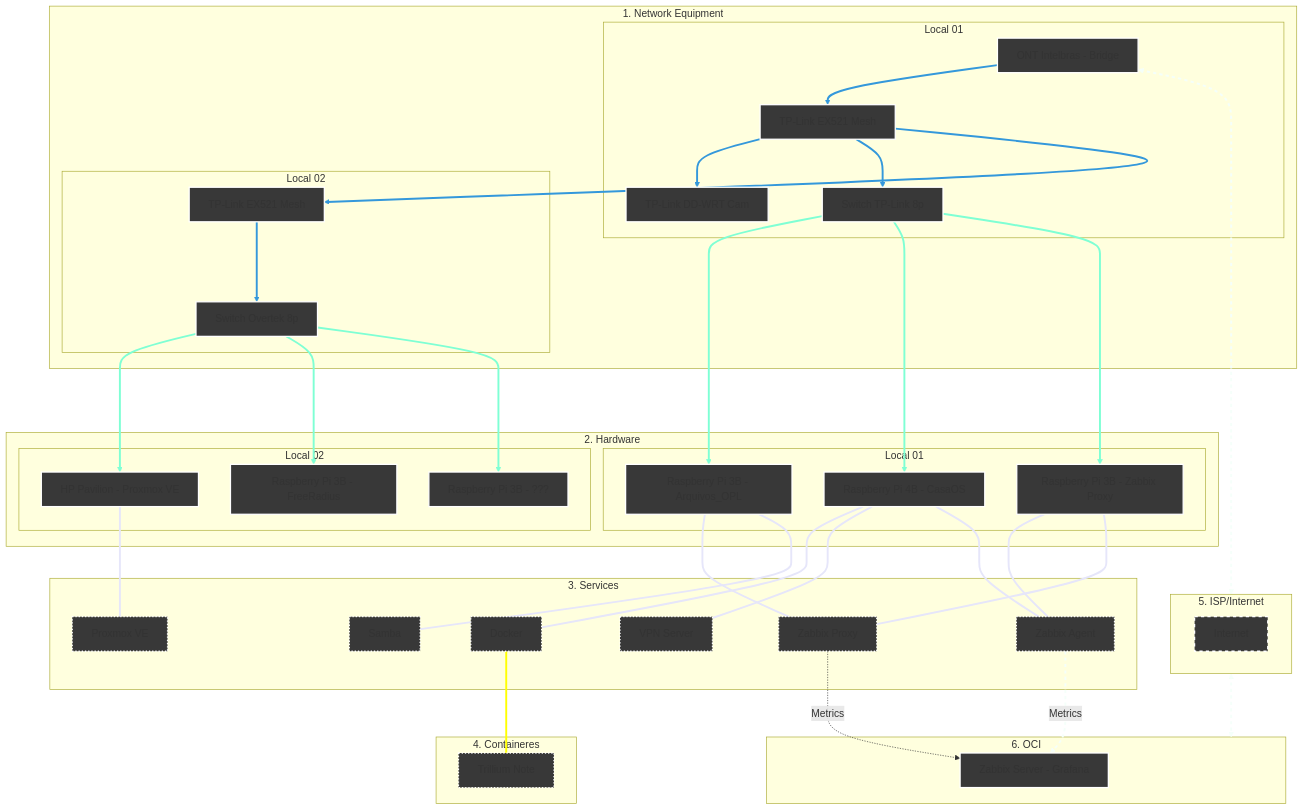
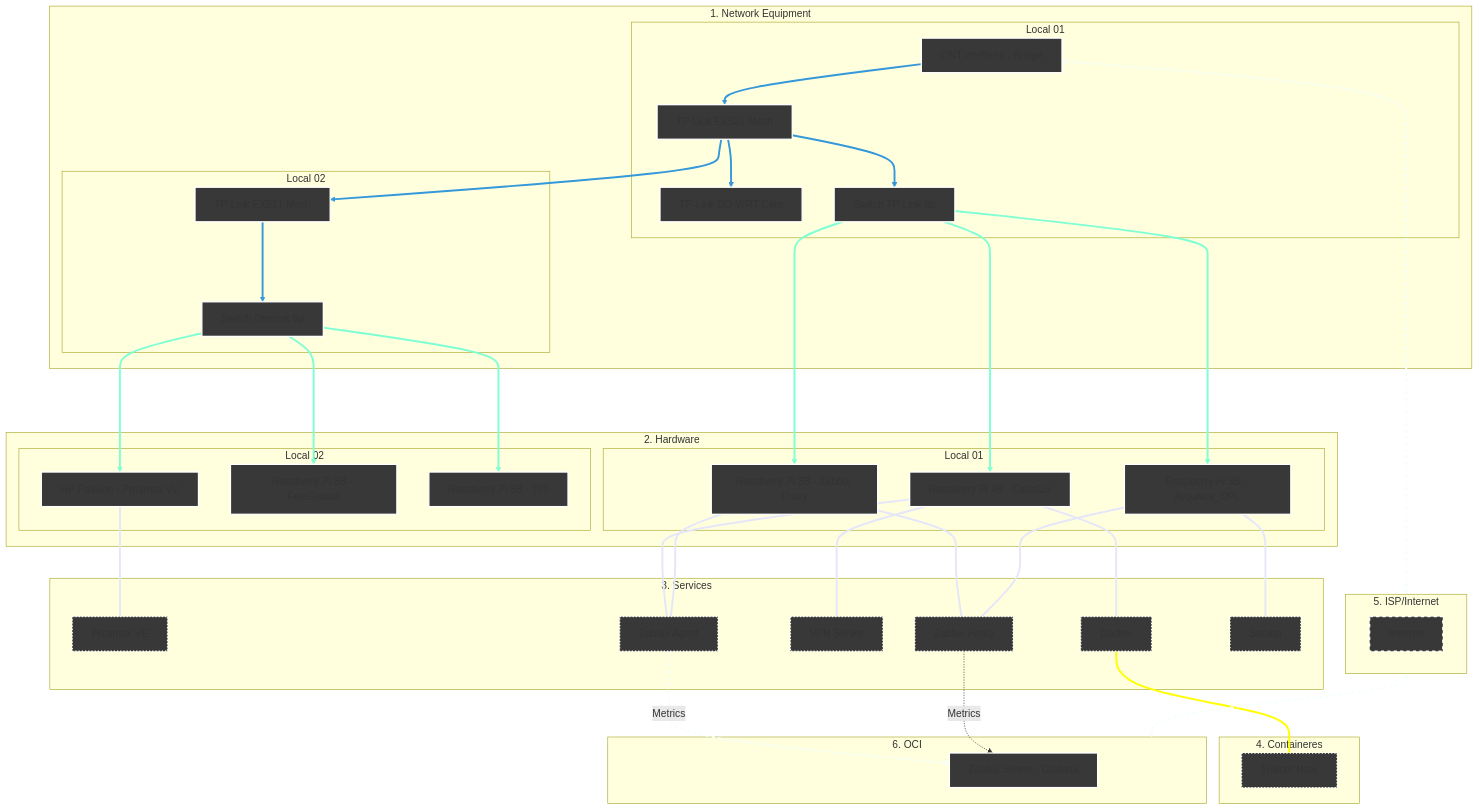
One commit to kevindexter22/Dr-Hardware-Autonet changed the diagram in Infrastructure/README.md. Above: the diagram before and after it, drawn with Mermaid. The commit also changed other lines of this file, not shown here.

Commit message:
Remove duplicate Proxmox VE service entry

````diff
--- a/Infrastructure/README.md
+++ b/Infrastructure/README.md
@@ -13,80 +13,80 @@
 ```mermaid
 graph TD
     %% Styles
     classDef network fill:#383838,stroke:#FFFFFF,stroke-width:2px;
     classDef hardware fill:#383838,stroke:#FFFFFF,stroke-width:2px;
     classDef internet fill:#383838,stroke:#FFFFFF,stroke-width:2px,stroke-dasharray: 5 5;
     classDef services fill:#383838,stroke:#FFFFFF,stroke-width:2px, stroke-dasharray: 2 3;
     classDef oci fill:#383838,stroke:#FFFFFF,stroke-width:2px;
 
     %% 1. NETWORK EQUIPMENT
     subgraph Principal["1. Network Equipment"]
     subgraph S1 [Local 01]
         ONT[ONT Intelbras - Bridge]:::network --> R_Mesh1[TP-Link EX521 Mesh]:::network
         R_Mesh1 --> R_Cams[TP-Link DD-WRT Cam]:::network 
         R_Mesh1 --> SW1[Switch TP-Link 8p]:::network  
     end
     subgraph S2 [Local 02]
         R_Mesh1 --> R_Mesh2[TP-Link EX521 Mesh]:::network
         R_Mesh2 ---> SW2[Switch Overtek 8p]:::network
     end
     end
     
     %% 2. HARDWARE
     subgraph Principal02["2. Hardware"]
     subgraph S3 [Local 01]
         SW1 ---> RPi3B_1[Raspberry Pi 3B - Arquivos_OPL]:::hardware
         SW1 ---> RPi4B[Raspberry Pi 4B - CasaOS]:::hardware
         SW1 ---> RPi3B_2[Raspberry Pi 3B - Zabbix Proxy]:::hardware
     end
     subgraph S4 [Local 02]
         SW2 ---> HP[HP Pavilion - Proxmox VE]:::hardware
         SW2 ---> RPi3B_3[Raspberry Pi 3B - FreeRadius]:::hardware
         SW2 ---> RPi3B_4[Raspberry Pi 3B - ???]:::hardware
     end
     end
 
     %% 3. SERVICES     
     subgraph S5 [3. Services];
+        HP --- PVE[Proxmox VE]:::services        
         RPi4B --- Docker[Docker]:::services
         RPi4B --- VPN[VPN Server]:::services
         RPi4B --- ZA[Zabbix Agent]:::services
         RPi3B_2 --- ZA[Zabbix Agent]:::services
         RPi3B_2 --- ZP[Zabbix Proxy]:::services
         RPi3B_1 --- ZP[Zabbix Proxy]:::services
         RPi3B_1 --- SMB1[Samba]:::services
-        HP --- PVE[Proxmox VE]:::services        
     end
 
     %% 4. CONTAINERES     
     subgraph S6 [4. Containeres];
         Docker[Docker] --- Trillium[Trillium Note]:::services
     end
 
     %% 5. Internet (The Bridge)
     subgraph S7 [5. ISP/Internet]
            internet[Internet]:::internet
     end
 
     %% 6. Oracle Cloud Infrastructure
     subgraph S8 [6. OCI]
         ZS[Zabbix Server - Grafana]:::oci
     end
 
     %% Conections of data flow
     ONT <--> S7
     S7 <--> S8
     
     %% Logical conections
     ZA -.-> |Metrics| ZS
     ZP -.-> |Metrics| ZS 
 
     %% --- Set collor on conections ---
     
     linkStyle 0,1,2,3,4 stroke:#3498db,stroke-width:3px;
     linkStyle 5,6,7,8,9,10 stroke:#7FFFD4,stroke-width:3px;
     linkStyle 11,12,13,14,15,16,17,18 stroke:#E6E6FA,stroke-width:3px;
     linkStyle 19 stroke:#FFFF00,stroke-width:3px;
     linkStyle 20,21,22 stroke:#F5FFFA,stroke-width:3px,stroke-dasharray: 5 5;
 
 ```
````
